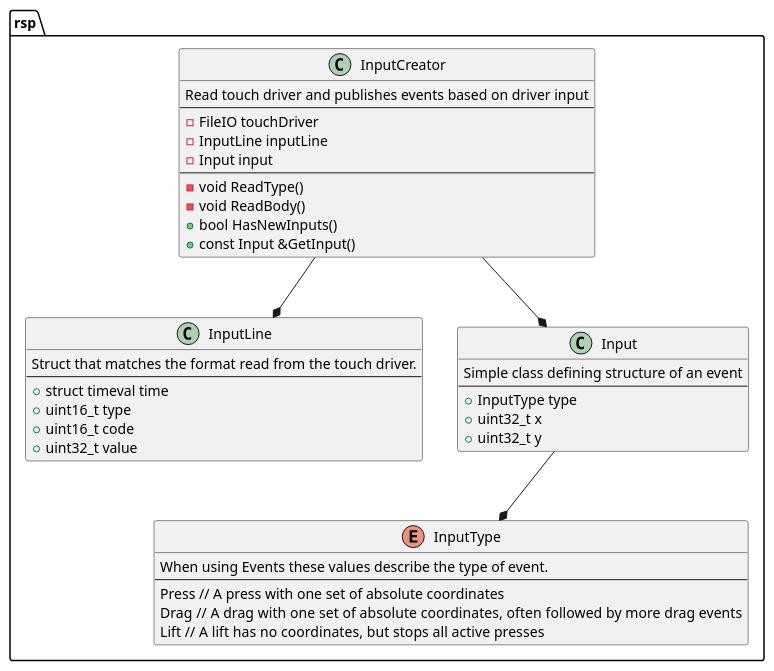
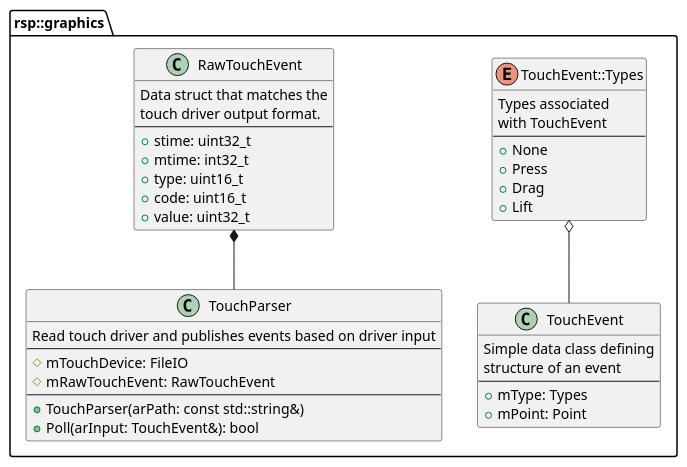
One commit to rsps/rsp-core-library changed the diagram in docs/uml/Touch Handling Classes.puml. Above: the diagram before and after it, drawn with PlantUML. The commit also changed 14 other files, not shown here.

Commit message:
Updating UML diagrams

```diff
--- a/docs/uml/Touch Handling Classes.puml
+++ b/docs/uml/Touch Handling Classes.puml
@@ -1,47 +1,49 @@
 @startuml
 
-namespace rsp{
-    class InputLine {
-        Struct that matches the format read from the touch driver.
+namespace rsp::graphics {
+
+    enum TouchEvent::Types {
+        Types associated
+        with TouchEvent
         --
-        +struct timeval time
-        +uint16_t type
-        +uint16_t code
-        +uint32_t value
+        +None
+        +Press
+        +Drag
+        +Lift
     }
 
-    enum InputType {
-        When using Events these values describe the type of event.
+    class TouchEvent{
+        Simple data class defining
+        structure of an event
         --
-        Press // A press with one set of absolute coordinates
-        Drag  // A drag with one set of absolute coordinates, often followed by more drag events
-        Lift  // A lift has no coordinates, but stops all active presses
+        +mType: Types 
+        +mPoint: Point
+    }
+    
+    TouchEvent::Types o-- TouchEvent
+
+    class RawTouchEvent {
+        Data struct that matches the
+        touch driver output format.
+        --
+        +stime: uint32_t
+        +mtime: int32_t
+        +type: uint16_t
+        +code: uint16_t
+        +value: uint32_t
     }
 
-    class Input{
-        Simple class defining structure of an event
+    class TouchParser{
+        Read touch driver and publishes events based on driver input
         --
-        +InputType type
-        +uint32_t x
-        +uint32_t y
+        #mTouchDevice: FileIO
+        #mRawTouchEvent: RawTouchEvent
+        --
+        +TouchParser(arPath: const std::string&)
+        +Poll(arInput: TouchEvent&): bool
     }
 
-    class InputCreator{
-        Read touch driver and publishes events based on driver input
-        --
-        -FileIO touchDriver
-        -InputLine inputLine
-        -Input input
-        --
-        -void ReadType()
-        -void ReadBody()
-        +bool HasNewInputs()
-        +const Input &GetInput()
-    }
-    InputCreator --* Input
-    InputCreator --* InputLine
-    Input --* InputType
-
+    RawTouchEvent *-- TouchParser
 }
 
 @enduml
```
